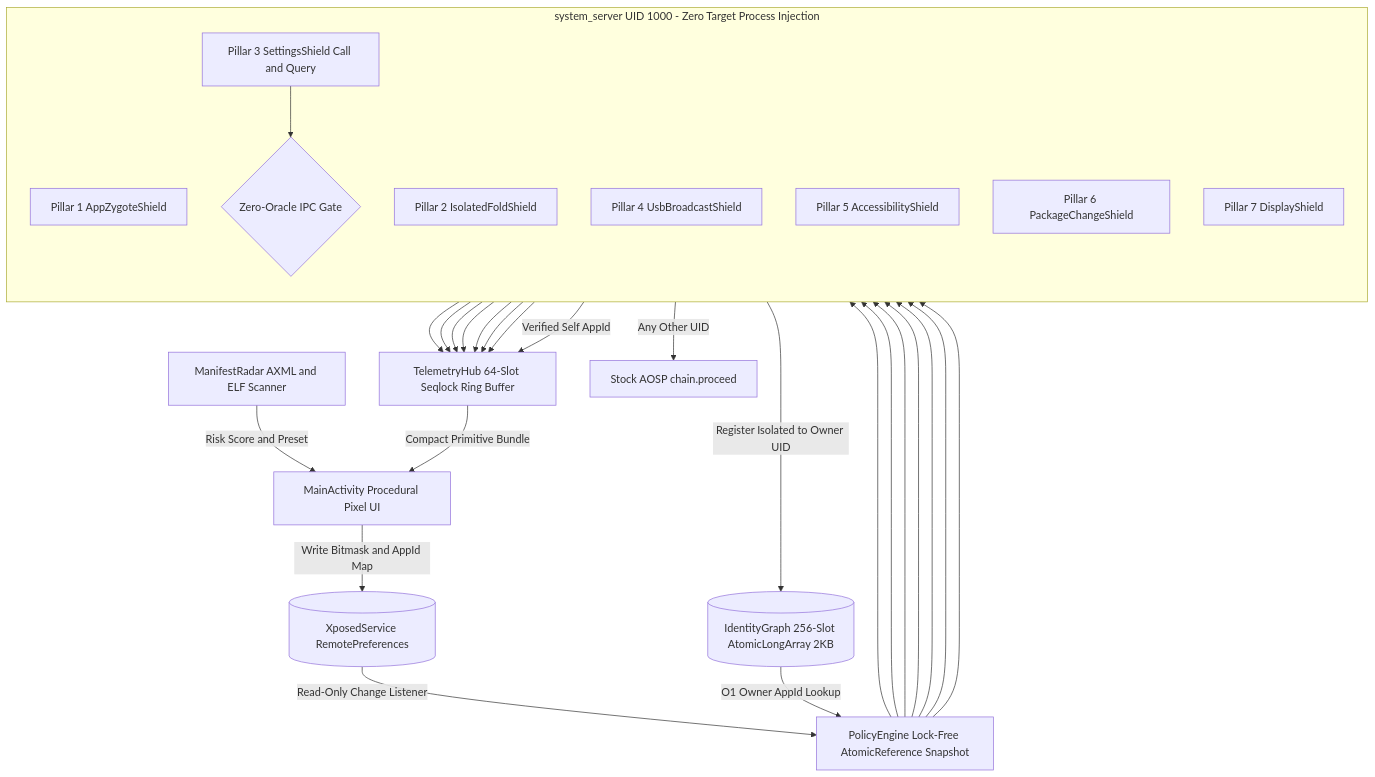
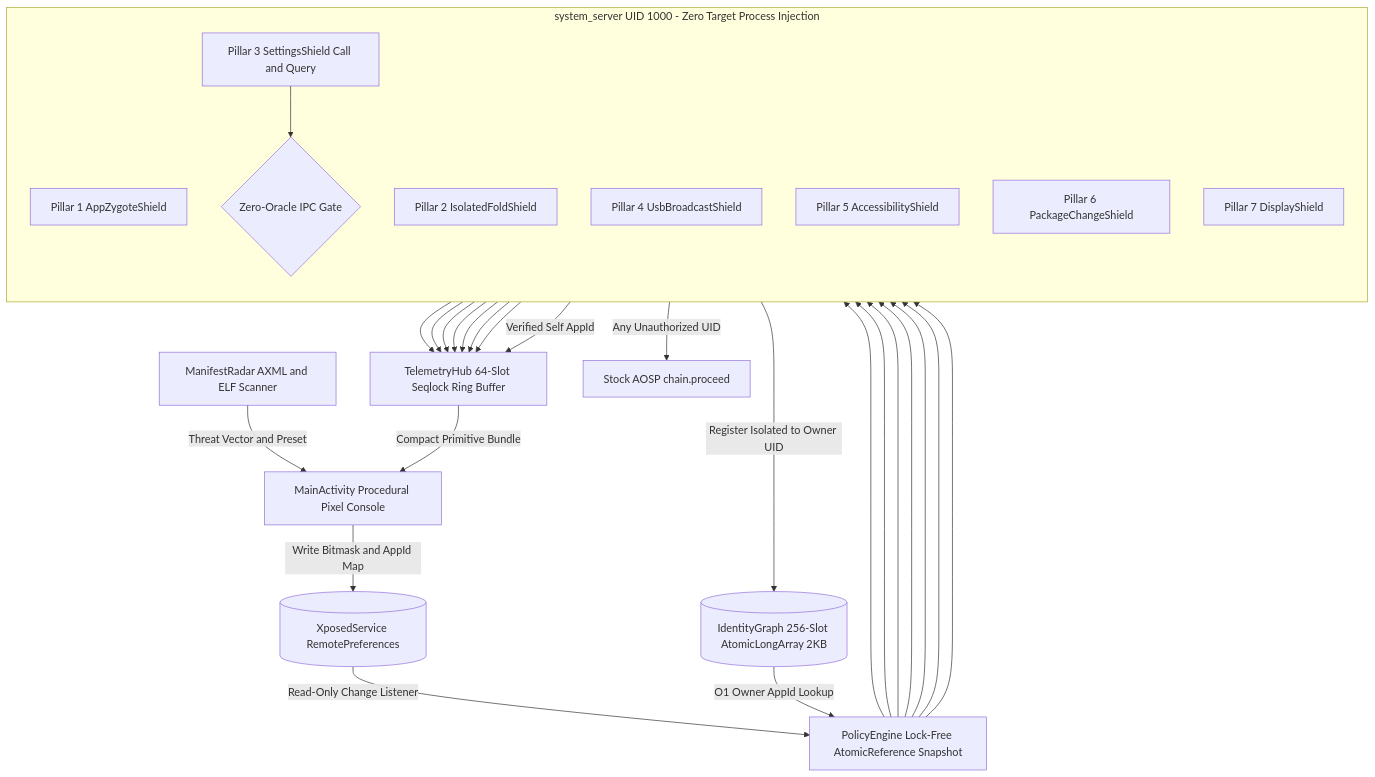
The first of 3 diagrams in README.md (taro902/IsolPolicy-Pro), drawn with Mermaid before and after one commit. The commit also changed other lines of this file and 2 other files, not shown here.

Commit message:
docs: fix GitHub MathJax rendering, add adaptive pixel SVG banners, and expand polyglot README

```diff
--- a/README.md
+++ b/README.md
@@ -97,45 +104,45 @@
 ~~~mermaid
 flowchart TB
-    UI[MainActivity Procedural Pixel UI]
+    UI[MainActivity Procedural Pixel Console]
     RADAR[ManifestRadar AXML and ELF Scanner]
     PREFS[(XposedService RemotePreferences)]
     ENGINE[PolicyEngine Lock-Free AtomicReference Snapshot]
     GRAPH[(IdentityGraph 256-Slot AtomicLongArray 2KB)]
     HUB[TelemetryHub 64-Slot Seqlock Ring Buffer]
 
     subgraph SYSSRV[system_server UID 1000 - Zero Target Process Injection]
         direction TB
         P1[Pillar 1 AppZygoteShield]
         P2[Pillar 2 IsolatedFoldShield]
         P3[Pillar 3 SettingsShield Call and Query]
         P4[Pillar 4 UsbBroadcastShield]
         P5[Pillar 5 AccessibilityShield]
         P6[Pillar 6 PackageChangeShield]
         P7[Pillar 7 DisplayShield]
         GATE{Zero-Oracle IPC Gate}
     end
 
     UI -->|Write Bitmask and AppId Map| PREFS
-    RADAR -->|Risk Score and Preset| UI
+    RADAR -->|Threat Vector and Preset| UI
     PREFS -->|Read-Only Change Listener| ENGINE
     P1 -->|Register Isolated to Owner UID| GRAPH
     GRAPH -->|O1 Owner AppId Lookup| ENGINE
     ENGINE --> P1
     ENGINE --> P2
     ENGINE --> P3
     ENGINE --> P4
     ENGINE --> P5
     ENGINE --> P6
     ENGINE --> P7
     P1 --> HUB
     P2 --> HUB
     P3 --> HUB
     P4 --> HUB
     P5 --> HUB
     P6 --> HUB
     P7 --> HUB
     P3 --> GATE
     GATE -->|Verified Self AppId| HUB
     HUB -->|Compact Primitive Bundle| UI
-    GATE -->|Any Other UID| STOCK[Stock AOSP chain.proceed]
+    GATE -->|Any Unauthorized UID| STOCK[Stock AOSP chain.proceed]
 ~~~
```
